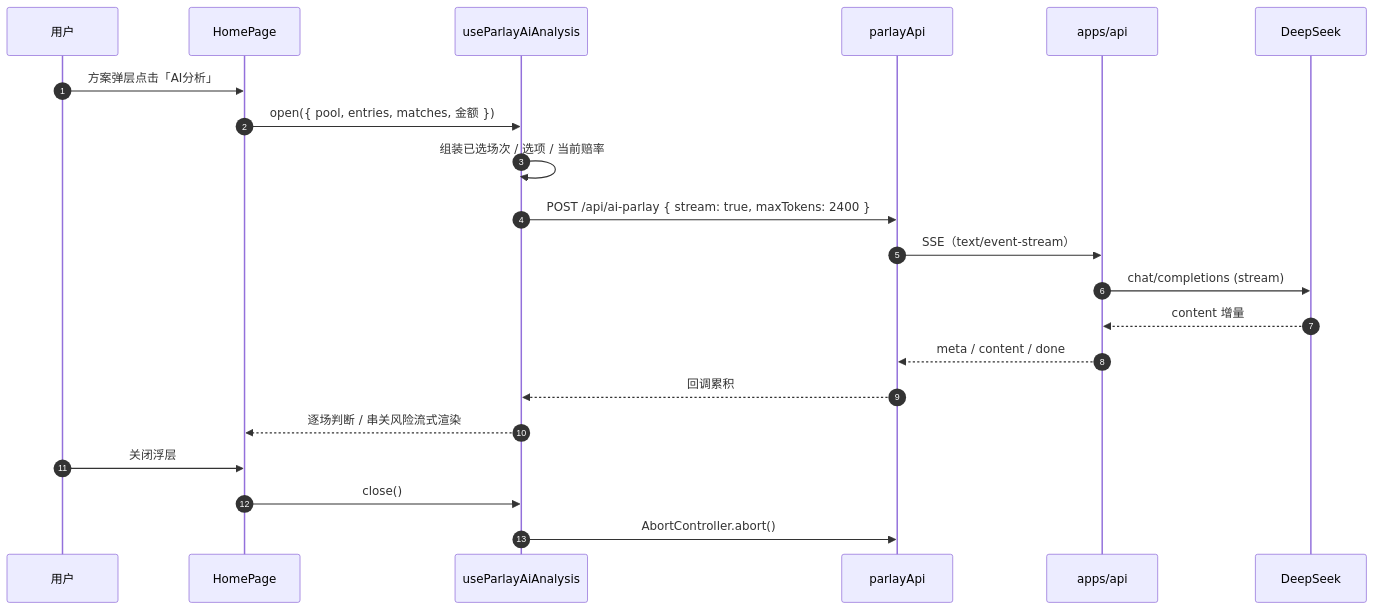
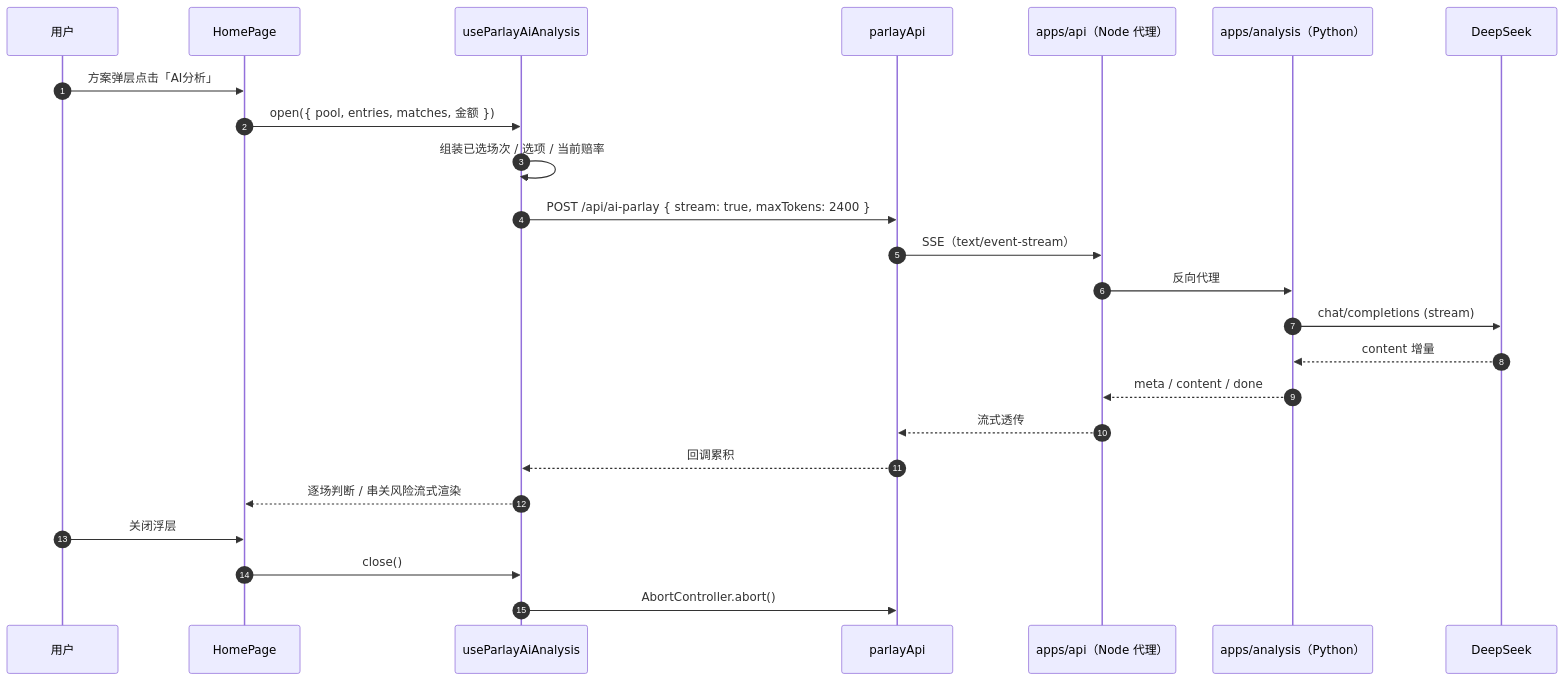
Before and after one commit to yJ2018/ticai: the eighth of 13 diagrams in docs/architecture.md, drawn with Mermaid. The commit also changed other lines of this file and 5 other files, not shown here.

````diff
--- a/docs/architecture.md
+++ b/docs/architecture.md
@@ -685,24 +723,27 @@
 ```mermaid
 sequenceDiagram
   autonumber
   participant U as 用户
   participant HP as HomePage
   participant PA as useParlayAiAnalysis
   participant CH as parlayApi
-  participant API as apps/api
+  participant API as apps/api（Node 代理）
+  participant PY as apps/analysis（Python）
   participant DS as DeepSeek
 
   U->>HP: 方案弹层点击「AI分析」
   HP->>PA: open({ pool, entries, matches, 金额 })
   PA->>PA: 组装已选场次 / 选项 / 当前赔率
   PA->>CH: POST /api/ai-parlay { stream: true, maxTokens: 2400 }
   CH->>API: SSE（text/event-stream）
-  API->>DS: chat/completions (stream)
-  DS-->>API: content 增量
-  API-->>CH: meta / content / done
+  API->>PY: 反向代理
+  PY->>DS: chat/completions (stream)
+  DS-->>PY: content 增量
+  PY-->>API: meta / content / done
+  API-->>CH: 流式透传
   CH-->>PA: 回调累积
   PA-->>HP: 逐场判断 / 串关风险流式渲染
   U->>HP: 关闭浮层
   HP->>PA: close()
   PA->>CH: AbortController.abort()
 ```
````
